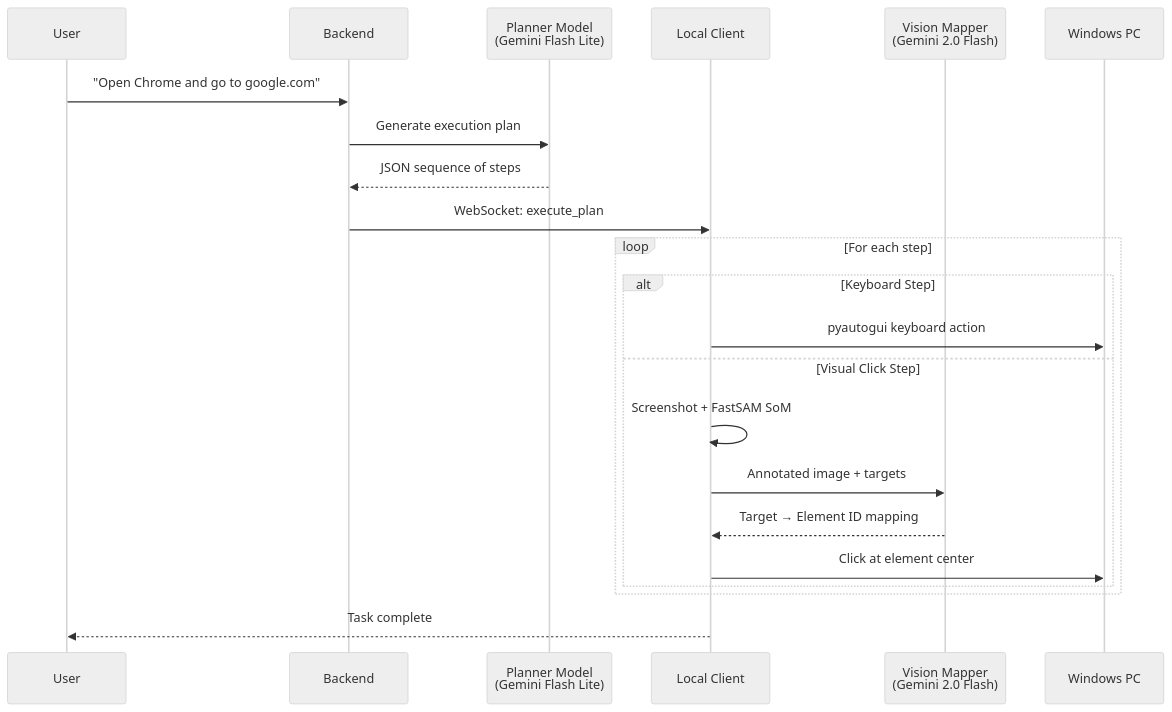
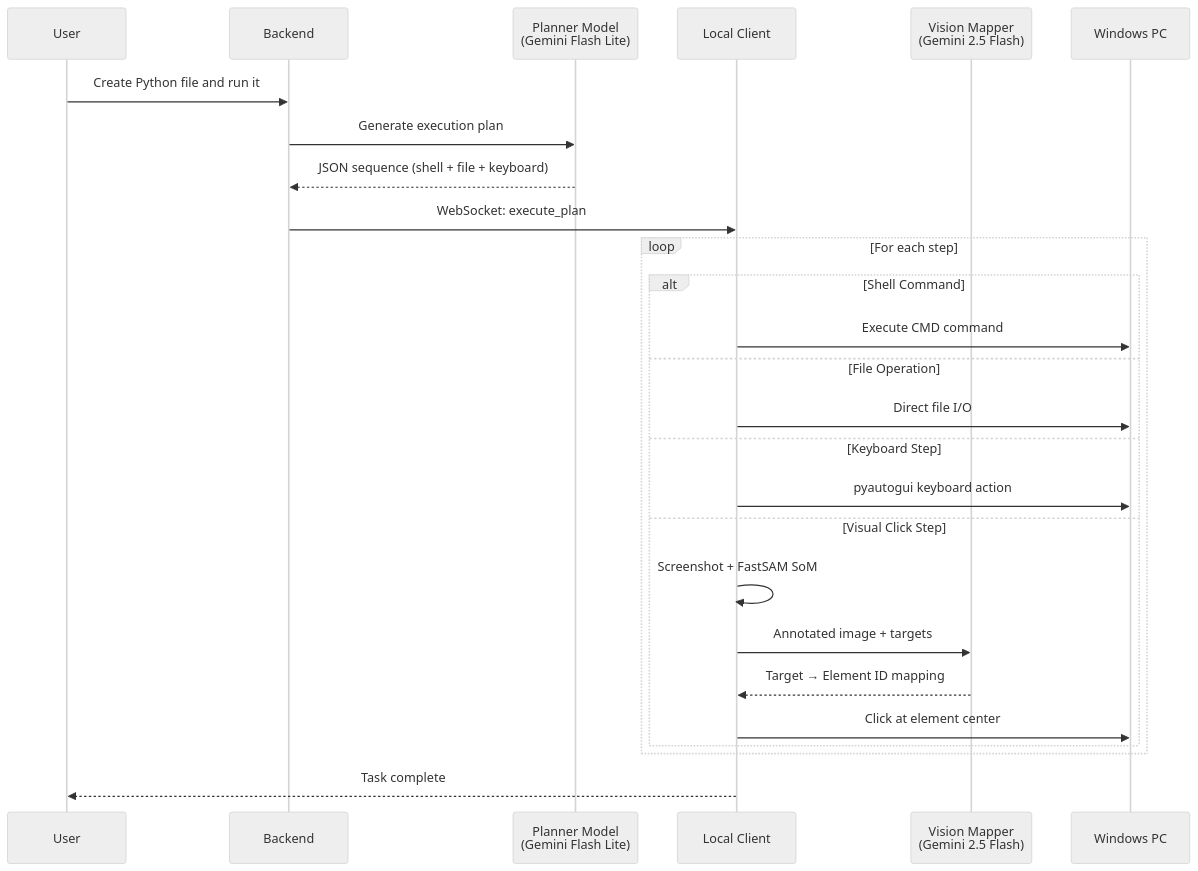
One commit to Bada-Don/Jarvis changed the second of 7 diagrams in PROJECT_DOCUMENTATION.md. Above: the diagram before and after it, drawn with Mermaid (neutral theme). The commit also changed other lines of this file and 2 other files, not shown here.

````diff
--- a/PROJECT_DOCUMENTATION.md
+++ b/PROJECT_DOCUMENTATION.md
@@ -42,27 +53,32 @@
 ```mermaid
 sequenceDiagram
     participant User
     participant Backend
     participant Planner as Planner Model<br/>(Gemini Flash Lite)
     participant Client as Local Client
-    participant Vision as Vision Mapper<br/>(Gemini 2.0 Flash)
+    participant Vision as Vision Mapper<br/>(Gemini 2.5 Flash)
     participant PC as Windows PC
 
-    User->>Backend: "Open Chrome and go to google.com"
+    User->>Backend: Create Python file and run it
     Backend->>Planner: Generate execution plan
-    Planner-->>Backend: JSON sequence of steps
+    Planner-->>Backend: JSON sequence (shell + file + keyboard)
     Backend->>Client: WebSocket: execute_plan
     
     loop For each step
-        alt Keyboard Step
+        alt Shell Command
+            Client->>PC: Execute CMD command
+        else File Operation
+            Client->>PC: Direct file I/O
+        else Keyboard Step
             Client->>PC: pyautogui keyboard action
         else Visual Click Step
             Client->>Client: Screenshot + FastSAM SoM
             Client->>Vision: Annotated image + targets
             Vision-->>Client: Target → Element ID mapping
             Client->>PC: Click at element center
         end
     end
     
     Client-->>User: Task complete
+
 ```
````
